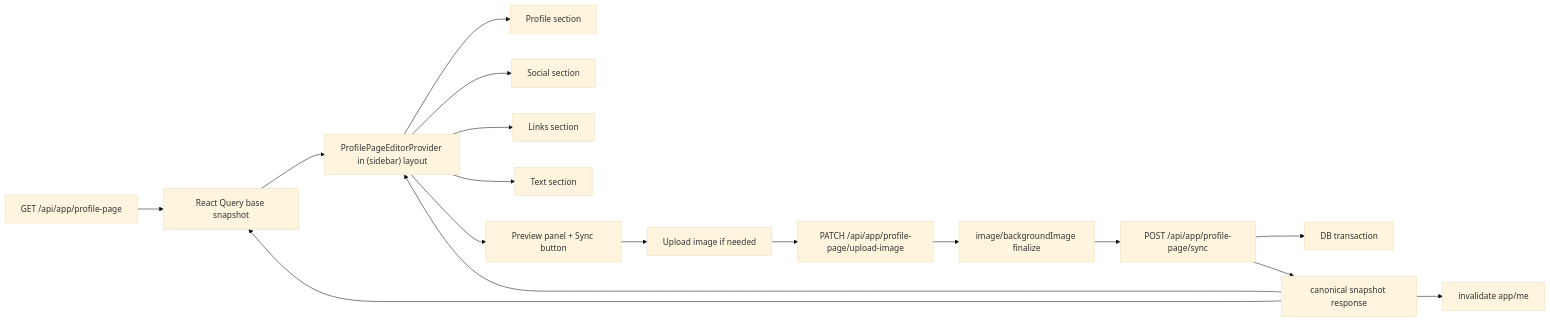
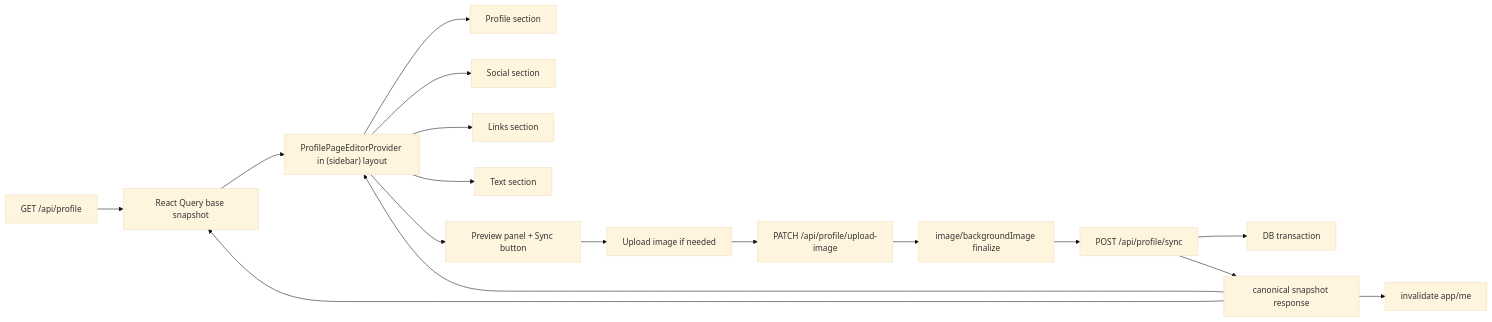
Before and after one commit to justhumanb2ing/Harune: the diagram in docs/plans/2026-04-22-001-feat-profile-page-draft-sync-plan.md, drawn with Mermaid (base theme). The commit also changed other lines of this file and 15 other files, not shown here.

Commit message:
docs: update Hono profile API contracts

````diff
--- a/docs/plans/2026-04-22-001-feat-profile-page-draft-sync-plan.md
+++ b/docs/plans/2026-04-22-001-feat-profile-page-draft-sync-plan.md
@@ -121,19 +121,19 @@
 ```mermaid
 flowchart LR
-  A["GET /api/app/profile-page"] --> B["React Query base snapshot"]
+  A["GET /api/profile"] --> B["React Query base snapshot"]
   B --> C["ProfilePageEditorProvider in (sidebar) layout"]
   C --> D["Profile section"]
   C --> E["Social section"]
   C --> F["Links section"]
   C --> G["Text section"]
   C --> H["Preview panel + Sync button"]
   H --> I["Upload image if needed"]
-  I --> J["PATCH /api/app/profile-page/upload-image"]
+  I --> J["PATCH /api/profile/upload-image"]
   J --> K["image/backgroundImage finalize"]
-  K --> L["POST /api/app/profile-page/sync"]
+  K --> L["POST /api/profile/sync"]
   L --> M["DB transaction"]
   L --> N["canonical snapshot response"]
   N --> C
   N --> B
   N --> O["invalidate app/me"]
 ```
````
